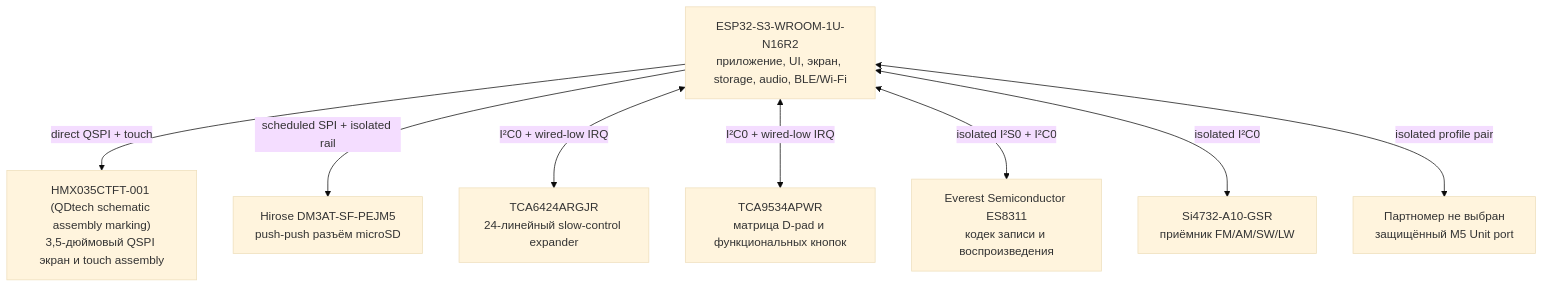
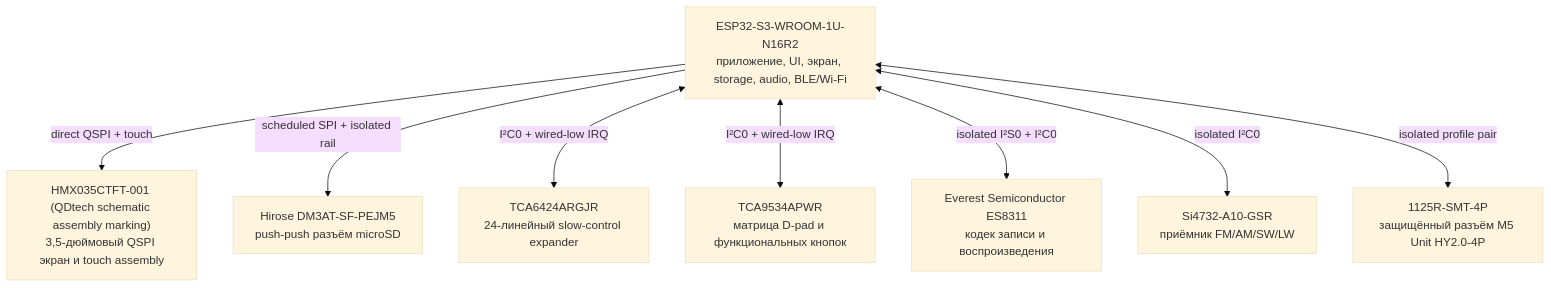
The second of 10 diagrams in README.ru.md (anton-vinogradov/esp32-leshy2), drawn with Mermaid (base theme) before and after one commit. The commit also changed 20 other files, not shown here.

Commit message:
Select exact native M5 Unit connector

````diff
--- a/README.ru.md
+++ b/README.ru.md
@@ -77,18 +77,18 @@
 ```mermaid
 flowchart TD
 S3["ESP32-S3-WROOM-1U-N16R2<br/>приложение, UI, экран, storage, audio, BLE/Wi-Fi"]
 DISPLAY["HMX035CTFT-001 (QDtech schematic assembly marking)<br/>3,5-дюймовый QSPI экран и touch assembly"]
 SD["Hirose DM3AT-SF-PEJM5<br/>push-push разъём microSD"]
 SLOW_IO["TCA6424ARGJR<br/>24-линейный slow-control expander"]
 UI_MATRIX_IO["TCA9534APWR<br/>матрица D-pad и функциональных кнопок"]
 CODEC["Everest Semiconductor ES8311<br/>кодек записи и воспроизведения"]
 RECEIVER["Si4732-A10-GSR<br/>приёмник FM/AM/SW/LW"]
-  UNIT["Партномер не выбран<br/>защищённый M5 Unit port"]
+UNIT_CONNECTOR["1125R-SMT-4P<br/>защищённый разъём M5 Unit HY2.0-4P"]
   S3 -->|"direct QSPI + touch"| DISPLAY
   S3 -->|"scheduled SPI + isolated rail"| SD
   S3 <-->|"I²C0 + wired-low IRQ"| SLOW_IO
   S3 <-->|"I²C0 + wired-low IRQ"| UI_MATRIX_IO
   S3 <-->|"isolated I²S0 + I²C0"| CODEC
   S3 <-->|"isolated I²C0"| RECEIVER
-  S3 <-->|"isolated profile pair"| UNIT
+  S3 <-->|"isolated profile pair"| UNIT_CONNECTOR
 ```
````
